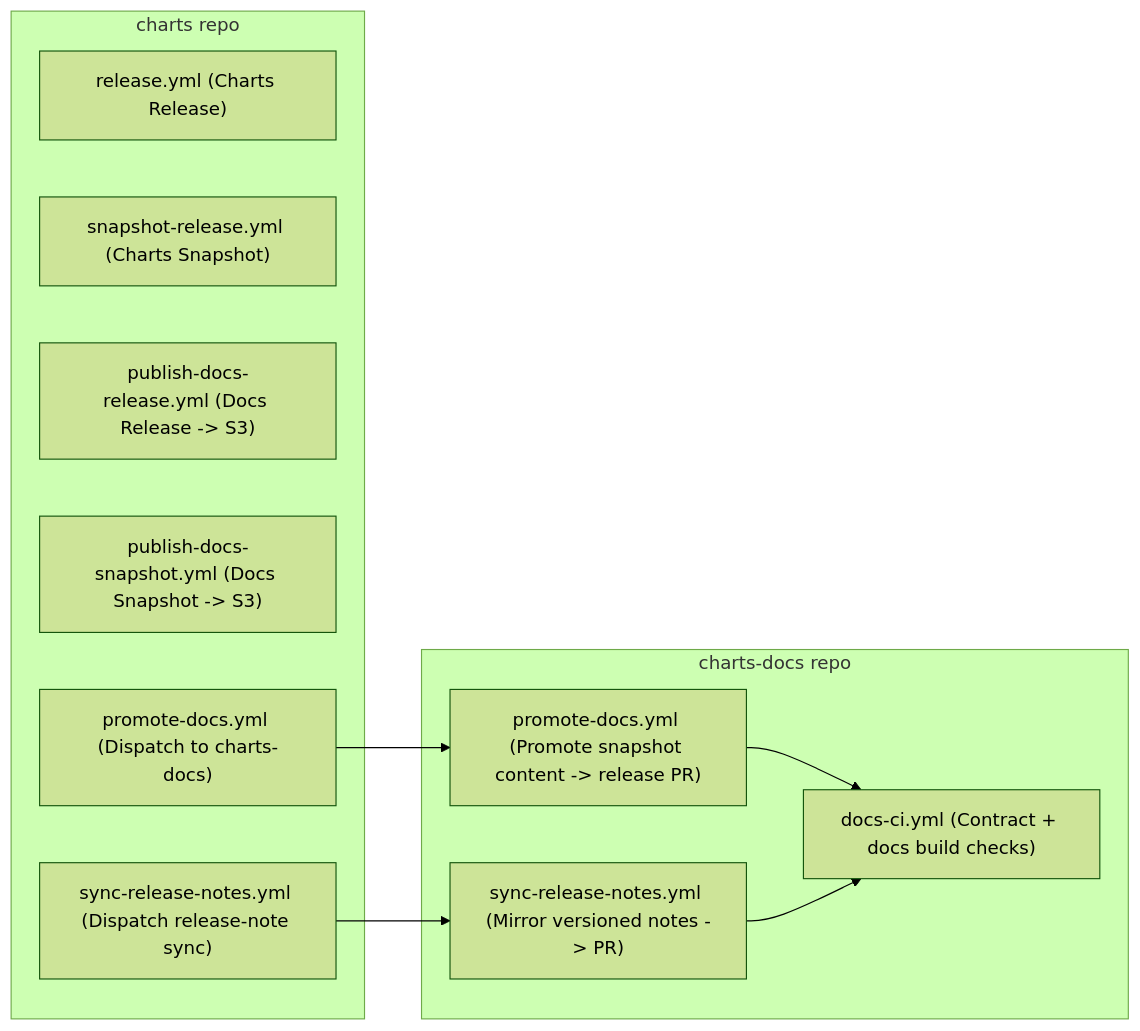
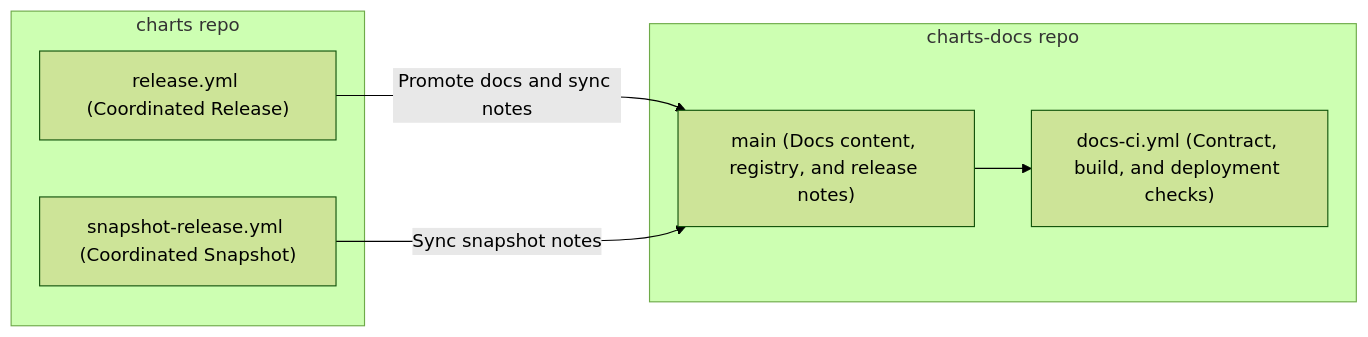
One commit to HDCharts/charts changed the diagram in docs/release/high-level-map.md. Above: the diagram before and after it, drawn with Mermaid (forest theme). The commit also changed 41 other files, not shown here.

Commit message:
chore: update charts release automation (#471)

````diff
--- a/docs/release/high-level-map.md
+++ b/docs/release/high-level-map.md
@@ -3,22 +3,16 @@
 ```mermaid
 flowchart LR
   subgraph CHARTS["charts repo"]
-    A["release.yml (Charts Release)"]
-    B["snapshot-release.yml (Charts Snapshot)"]
-    C["publish-docs-release.yml (Docs Release -> S3)"]
-    D["publish-docs-snapshot.yml (Docs Snapshot -> S3)"]
-    E["promote-docs.yml (Dispatch to charts-docs)"]
-    H["sync-release-notes.yml (Dispatch release-note sync)"]
+    A["release.yml (Coordinated Release)"]
+    B["snapshot-release.yml (Coordinated Snapshot)"]
   end
 
   subgraph CHARTS_DOCS["charts-docs repo"]
-    F["promote-docs.yml (Promote snapshot content -> release PR)"]
-    G["docs-ci.yml (Contract + docs build checks)"]
-    I["sync-release-notes.yml (Mirror versioned notes -> PR)"]
+    C["main (Docs content, registry, and release notes)"]
+    D["docs-ci.yml (Contract, build, and deployment checks)"]
   end
 
-  E --> F
-  F --> G
-  H --> I
-  I --> G
+  A -->|"Promote docs and sync notes"| C
+  B -->|"Sync snapshot notes"| C
+  C --> D
 ```
````
